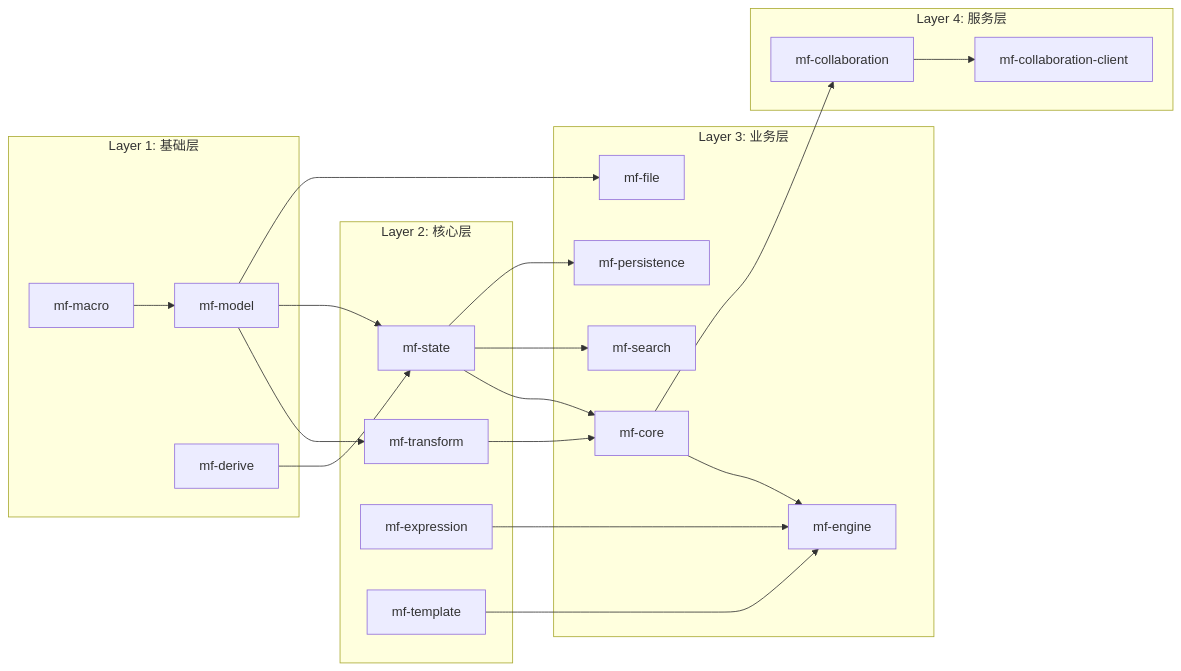
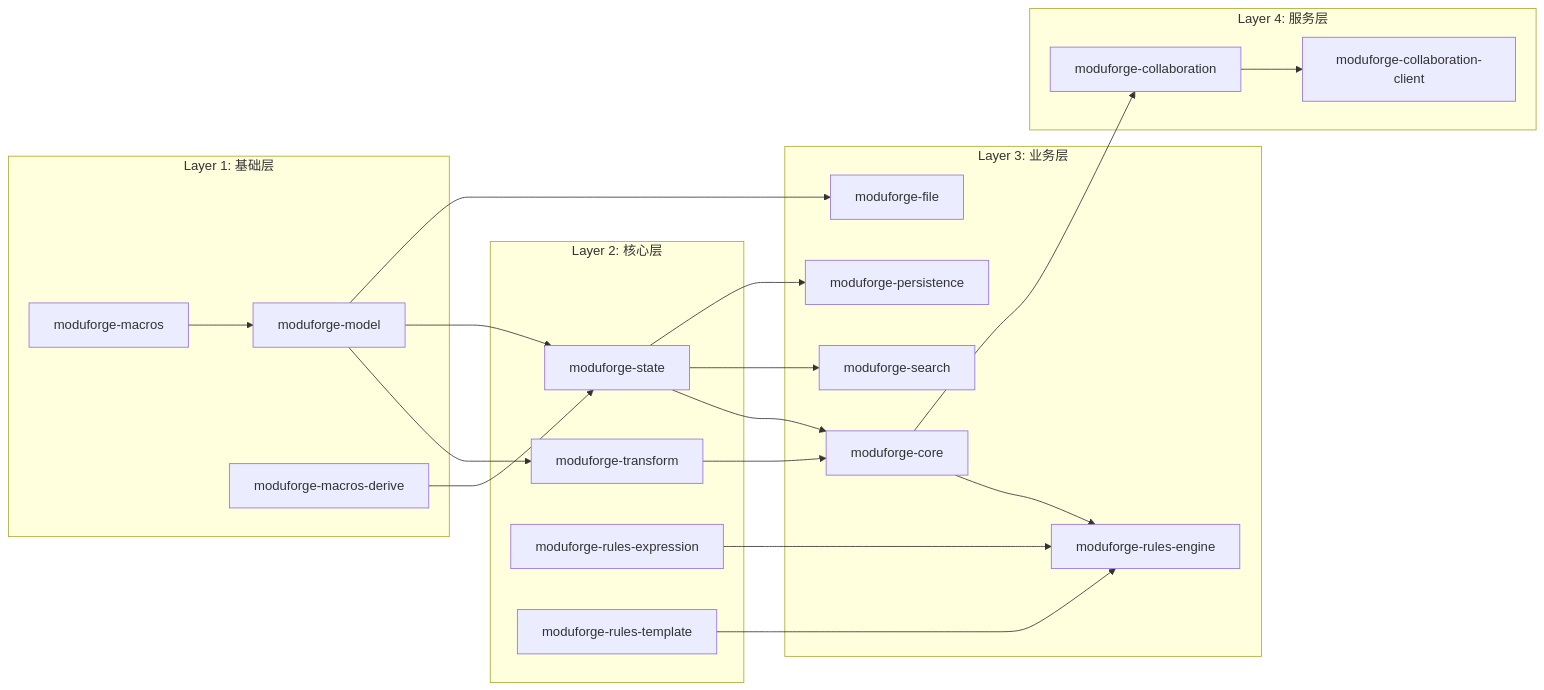
Before and after one commit to Cassielxd/moduforge-rs: the second of 4 diagrams in packages/docs/architecture-overview.md, drawn with Mermaid. The commit also changed other lines of this file and 2344 other files, not shown here.

````diff
--- a/packages/docs/architecture-overview.md
+++ b/packages/docs/architecture-overview.md
@@ -274,47 +283,47 @@
 ```mermaid
 graph LR
     subgraph "Layer 1: 基础层"
-        MODEL[mf-model]
-        DERIVE[mf-derive]
-        MACRO[mf-macro]
+        MODEL[moduforge-model]
+        DERIVE[moduforge-macros-derive]
+        MACRO[moduforge-macros]
     end
     
     subgraph "Layer 2: 核心层" 
-        TRANSFORM[mf-transform]
-        STATE[mf-state]
-        EXPRESSION[mf-expression]
-        TEMPLATE[mf-template]
+        TRANSFORM[moduforge-transform]
+        STATE[moduforge-state]
+        EXPRESSION[moduforge-rules-expression]
+        TEMPLATE[moduforge-rules-template]
     end
     
     subgraph "Layer 3: 业务层"
-        CORE[mf-core]
-        ENGINE[mf-engine]
-        FILE[mf-file]
-        SEARCH[mf-search]
-        PERSIST[mf-persistence]
+        CORE[moduforge-core]
+        ENGINE[moduforge-rules-engine]
+        FILE[moduforge-file]
+        SEARCH[moduforge-search]
+        PERSIST[moduforge-persistence]
     end
     
     subgraph "Layer 4: 服务层"
-        COLLAB[mf-collaboration]
-        CLIENT[mf-collaboration-client]
+        COLLAB[moduforge-collaboration]
+        CLIENT[moduforge-collaboration-client]
     end
     
     MODEL --> TRANSFORM
     MODEL --> STATE
     MODEL --> FILE
     
     TRANSFORM --> CORE
     STATE --> CORE
     STATE --> SEARCH
     STATE --> PERSIST
     
     EXPRESSION --> ENGINE
     TEMPLATE --> ENGINE
     CORE --> ENGINE
     CORE --> COLLAB
     
     COLLAB --> CLIENT
     
     MACRO --> MODEL
     DERIVE --> STATE
 ```
````
